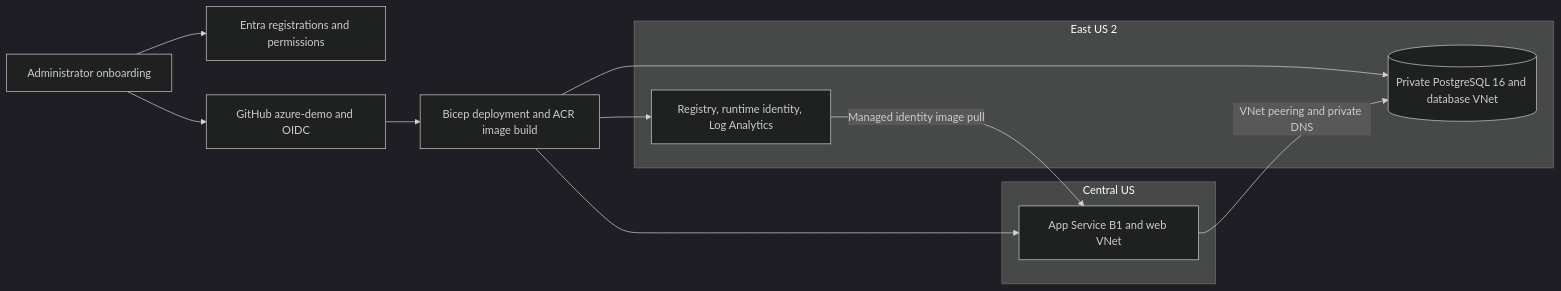
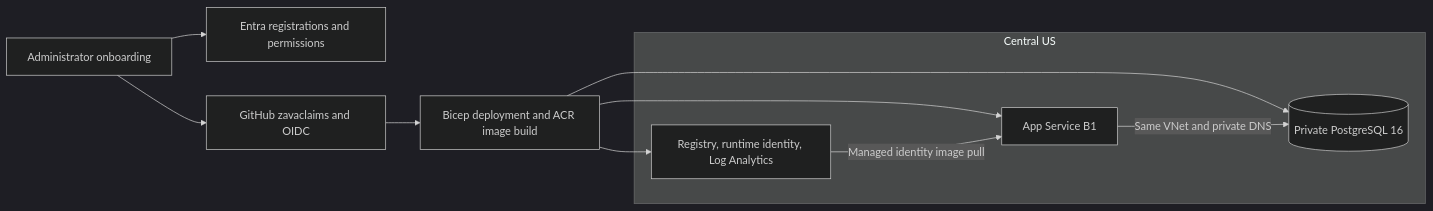
One commit to aandino-zava/zava-health-claims-portal changed the second of 2 diagrams in docs/ARCHITECTURE.md. Above: the diagram before and after it, drawn with Mermaid (dark theme). The commit also changed other lines of this file and 4 other files, not shown here.

````diff
--- a/docs/ARCHITECTURE.md
+++ b/docs/ARCHITECTURE.md
@@ -26,18 +26,16 @@
 ```mermaid
 flowchart LR
   Setup[Administrator onboarding] --> Identity[Entra registrations and permissions]
-  Setup --> GitHub[GitHub azure-demo and OIDC]
+  Setup --> GitHub[GitHub zavaclaims and OIDC]
   GitHub --> Deploy[Bicep deployment and ACR image build]
   subgraph CentralUS[Central US]
-    App[App Service B1 and web VNet]
-  end
-  subgraph EastUS2[East US 2]
-    DB[(Private PostgreSQL 16 and database VNet)]
+    App[App Service B1]
+    DB[(Private PostgreSQL 16)]
     Shared[Registry, runtime identity, Log Analytics]
   end
   Deploy --> App
   Deploy --> DB
   Deploy --> Shared
-  App -->|VNet peering and private DNS| DB
+  App -->|Same VNet and private DNS| DB
   Shared -->|Managed identity image pull| App
 ```
````
